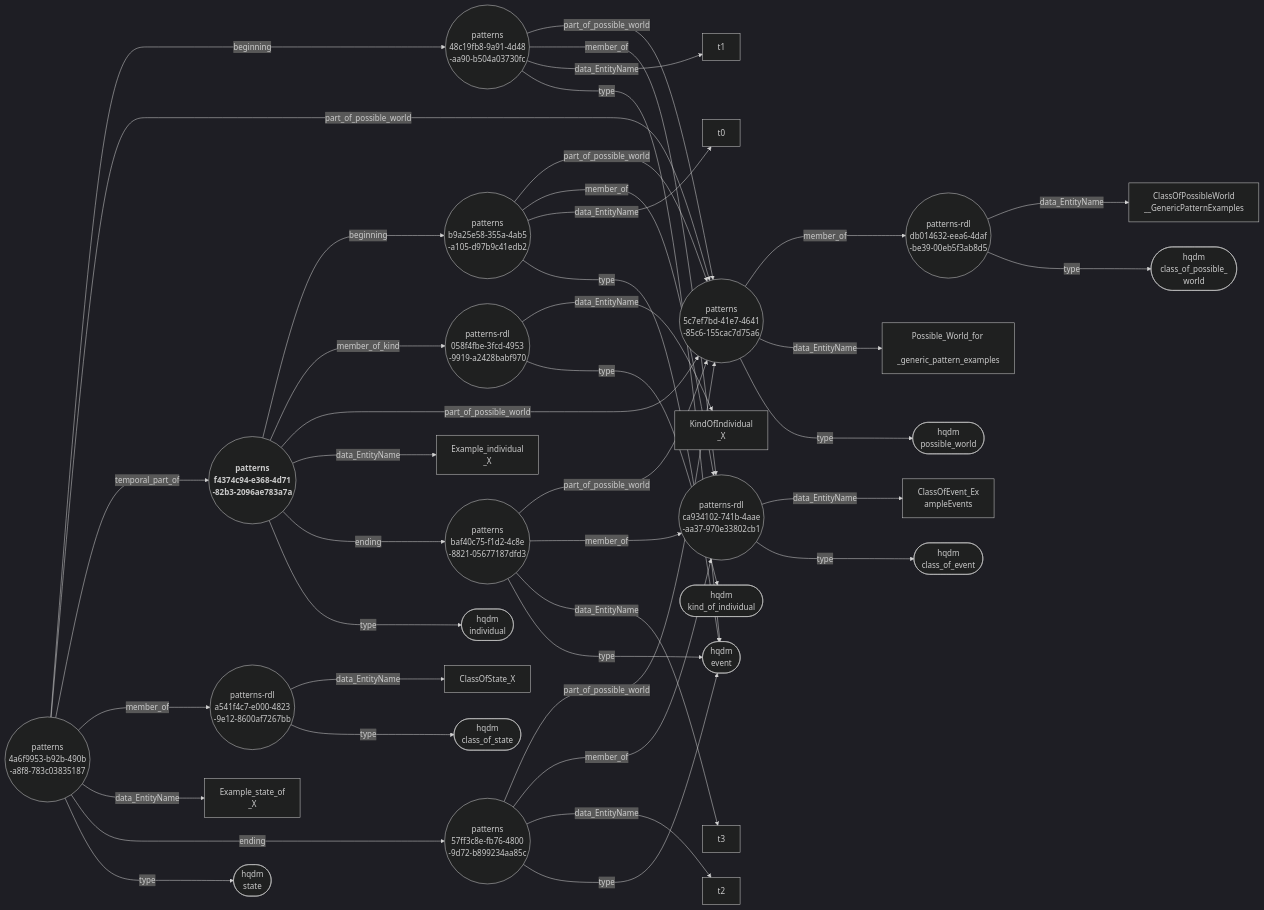
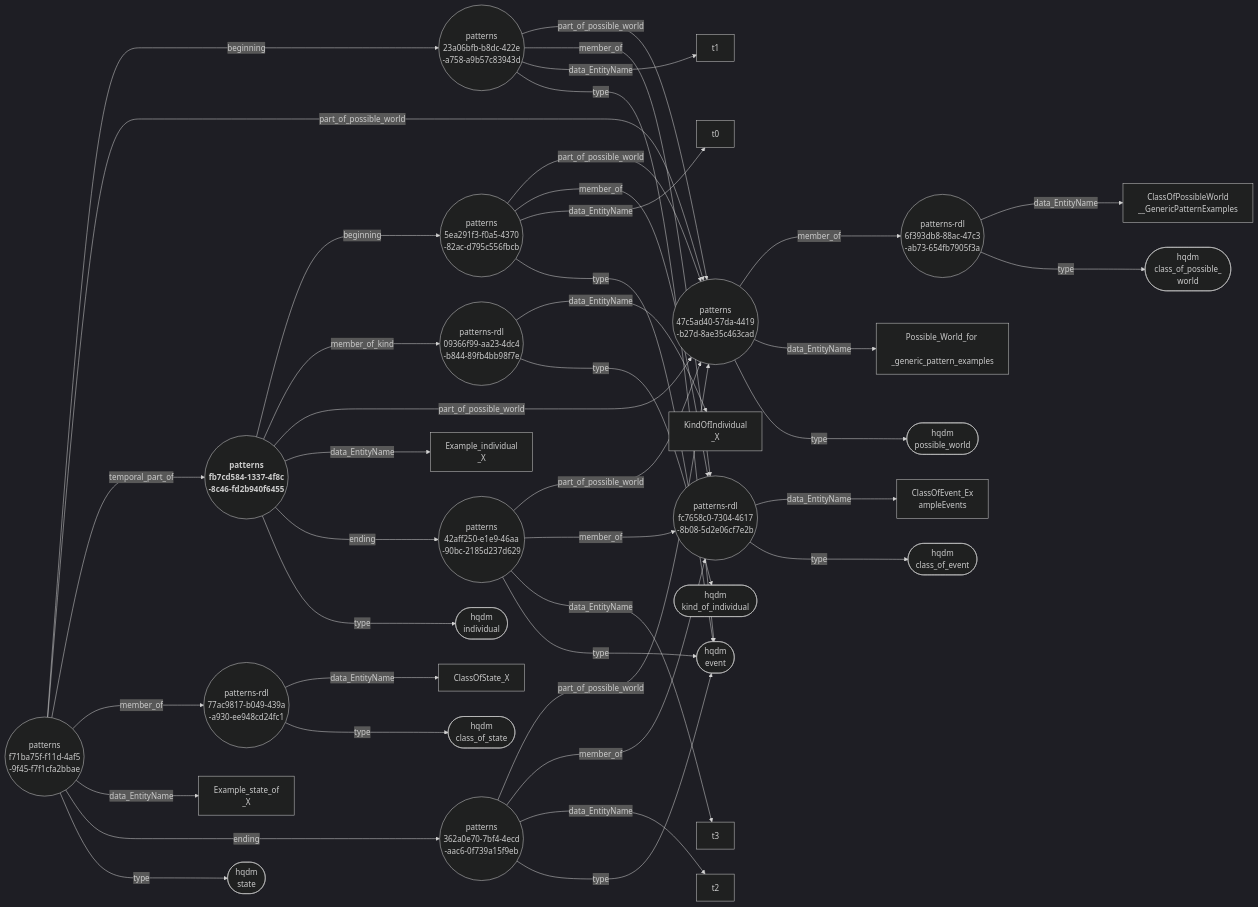
Before and after one commit to ClimbingAl/HqdmPatterns: the diagram in docs/extras/example-files/individualExampleNodeEdgeGraph.mermaid, drawn with Mermaid (dark theme). The commit also changed 32 other files, not shown here.

Commit message:
New example files including sign generic example

````diff
--- a/docs/extras/example-files/individualExampleNodeEdgeGraph.mermaid
+++ b/docs/extras/example-files/individualExampleNodeEdgeGraph.mermaid
@@ -1,43 +1,43 @@
 ``` mermaid
 graph LR
-  f4374c94-e368-4d71-82b3-2096ae783a7a(("<b> patterns <br> f4374c94-e368-4d71 <br> -82b3-2096ae783a7a"))--->|"beginning"|b9a25e58-355a-4ab5-a105-d97b9c41edb2(("patterns <br> b9a25e58-355a-4ab5 <br> -a105-d97b9c41edb2"));
-  f4374c94-e368-4d71-82b3-2096ae783a7a(("<b> patterns <br> f4374c94-e368-4d71 <br> -82b3-2096ae783a7a"))--->|"member_of_kind"|058f4fbe-3fcd-4953-9919-a2428babf970(("patterns-rdl <br> 058f4fbe-3fcd-4953 <br> -9919-a2428babf970"));
-  f4374c94-e368-4d71-82b3-2096ae783a7a(("<b> patterns <br> f4374c94-e368-4d71 <br> -82b3-2096ae783a7a"))--->|"part_of_possible_world"|5c7ef7bd-41e7-4641-85c6-155cac7d75a6(("patterns <br> 5c7ef7bd-41e7-4641 <br> -85c6-155cac7d75a6"));
-  f4374c94-e368-4d71-82b3-2096ae783a7a(("<b> patterns <br> f4374c94-e368-4d71 <br> -82b3-2096ae783a7a"))--->|"data_EntityName"|Example_individual_X["Example_individual <br> _X"];
-  f4374c94-e368-4d71-82b3-2096ae783a7a(("<b> patterns <br> f4374c94-e368-4d71 <br> -82b3-2096ae783a7a"))--->|"ending"|baf40c75-f1d2-4c8e-8821-05677187dfd3(("patterns <br> baf40c75-f1d2-4c8e <br> -8821-05677187dfd3"));
-  f4374c94-e368-4d71-82b3-2096ae783a7a(("<b> patterns <br> f4374c94-e368-4d71 <br> -82b3-2096ae783a7a"))--->|"type"|individual(["hqdm <br> individual"]);
-  4a6f9953-b92b-490b-a8f8-783c03835187(("patterns <br> 4a6f9953-b92b-490b <br> -a8f8-783c03835187"))--->|"beginning"|48c19fb8-9a91-4d48-aa90-b504a03730fc(("patterns <br> 48c19fb8-9a91-4d48 <br> -aa90-b504a03730fc"));
-  4a6f9953-b92b-490b-a8f8-783c03835187(("patterns <br> 4a6f9953-b92b-490b <br> -a8f8-783c03835187"))--->|"part_of_possible_world"|5c7ef7bd-41e7-4641-85c6-155cac7d75a6(("patterns <br> 5c7ef7bd-41e7-4641 <br> -85c6-155cac7d75a6"));
-  4a6f9953-b92b-490b-a8f8-783c03835187(("patterns <br> 4a6f9953-b92b-490b <br> -a8f8-783c03835187"))--->|"temporal_part_of"|f4374c94-e368-4d71-82b3-2096ae783a7a(("<b> patterns <br> f4374c94-e368-4d71 <br> -82b3-2096ae783a7a"));
-  4a6f9953-b92b-490b-a8f8-783c03835187(("patterns <br> 4a6f9953-b92b-490b <br> -a8f8-783c03835187"))--->|"member_of"|a541f4c7-e000-4823-9e12-8600af7267bb(("patterns-rdl <br> a541f4c7-e000-4823 <br> -9e12-8600af7267bb"));
-  4a6f9953-b92b-490b-a8f8-783c03835187(("patterns <br> 4a6f9953-b92b-490b <br> -a8f8-783c03835187"))--->|"data_EntityName"|Example_state_of_X["Example_state_of <br> _X"];
-  4a6f9953-b92b-490b-a8f8-783c03835187(("patterns <br> 4a6f9953-b92b-490b <br> -a8f8-783c03835187"))--->|"ending"|57ff3c8e-fb76-4800-9d72-b899234aa85c(("patterns <br> 57ff3c8e-fb76-4800 <br> -9d72-b899234aa85c"));
-  4a6f9953-b92b-490b-a8f8-783c03835187(("patterns <br> 4a6f9953-b92b-490b <br> -a8f8-783c03835187"))--->|"type"|state(["hqdm <br> state"]);
-  058f4fbe-3fcd-4953-9919-a2428babf970(("patterns-rdl <br> 058f4fbe-3fcd-4953 <br> -9919-a2428babf970"))--->|"data_EntityName"|KindOfIndividual_X["KindOfIndividual <br> _X"];
-  058f4fbe-3fcd-4953-9919-a2428babf970(("patterns-rdl <br> 058f4fbe-3fcd-4953 <br> -9919-a2428babf970"))--->|"type"|kind_of_individual(["hqdm <br> kind_of_individual"]);
-  a541f4c7-e000-4823-9e12-8600af7267bb(("patterns-rdl <br> a541f4c7-e000-4823 <br> -9e12-8600af7267bb"))--->|"data_EntityName"|ClassOfState_X["ClassOfState_X"];
-  a541f4c7-e000-4823-9e12-8600af7267bb(("patterns-rdl <br> a541f4c7-e000-4823 <br> -9e12-8600af7267bb"))--->|"type"|class_of_state(["hqdm <br> class_of_state"]);
-  db014632-eea6-4daf-be39-00eb5f3ab8d5(("patterns-rdl <br> db014632-eea6-4daf <br> -be39-00eb5f3ab8d5"))--->|"data_EntityName"|ClassOfPossibleWorld__GenericPatternExamples["ClassOfPossibleWorld <br> __GenericPatternExamples"];
-  db014632-eea6-4daf-be39-00eb5f3ab8d5(("patterns-rdl <br> db014632-eea6-4daf <br> -be39-00eb5f3ab8d5"))--->|"type"|class_of_possible_world(["hqdm <br> class_of_possible_ <br> world"]);
-  ca934102-741b-4aae-aa37-970e33802cb1(("patterns-rdl <br> ca934102-741b-4aae <br> -aa37-970e33802cb1"))--->|"data_EntityName"|ClassOfEvent_ExampleEvents["ClassOfEvent_Ex <br> ampleEvents"];
-  ca934102-741b-4aae-aa37-970e33802cb1(("patterns-rdl <br> ca934102-741b-4aae <br> -aa37-970e33802cb1"))--->|"type"|class_of_event(["hqdm <br> class_of_event"]);
-  5c7ef7bd-41e7-4641-85c6-155cac7d75a6(("patterns <br> 5c7ef7bd-41e7-4641 <br> -85c6-155cac7d75a6"))--->|"member_of"|db014632-eea6-4daf-be39-00eb5f3ab8d5(("patterns-rdl <br> db014632-eea6-4daf <br> -be39-00eb5f3ab8d5"));
-  5c7ef7bd-41e7-4641-85c6-155cac7d75a6(("patterns <br> 5c7ef7bd-41e7-4641 <br> -85c6-155cac7d75a6"))--->|"data_EntityName"|Possible_World_for_generic_pattern_examples["Possible_World_for <br> _generic_pattern_examples"];
-  5c7ef7bd-41e7-4641-85c6-155cac7d75a6(("patterns <br> 5c7ef7bd-41e7-4641 <br> -85c6-155cac7d75a6"))--->|"type"|possible_world(["hqdm <br> possible_world"]);
-  b9a25e58-355a-4ab5-a105-d97b9c41edb2(("patterns <br> b9a25e58-355a-4ab5 <br> -a105-d97b9c41edb2"))--->|"part_of_possible_world"|5c7ef7bd-41e7-4641-85c6-155cac7d75a6(("patterns <br> 5c7ef7bd-41e7-4641 <br> -85c6-155cac7d75a6"));
-  b9a25e58-355a-4ab5-a105-d97b9c41edb2(("patterns <br> b9a25e58-355a-4ab5 <br> -a105-d97b9c41edb2"))--->|"member_of"|ca934102-741b-4aae-aa37-970e33802cb1(("patterns-rdl <br> ca934102-741b-4aae <br> -aa37-970e33802cb1"));
-  b9a25e58-355a-4ab5-a105-d97b9c41edb2(("patterns <br> b9a25e58-355a-4ab5 <br> -a105-d97b9c41edb2"))--->|"data_EntityName"|t0["t0"];
-  b9a25e58-355a-4ab5-a105-d97b9c41edb2(("patterns <br> b9a25e58-355a-4ab5 <br> -a105-d97b9c41edb2"))--->|"type"|event(["hqdm <br> event"]);
-  baf40c75-f1d2-4c8e-8821-05677187dfd3(("patterns <br> baf40c75-f1d2-4c8e <br> -8821-05677187dfd3"))--->|"part_of_possible_world"|5c7ef7bd-41e7-4641-85c6-155cac7d75a6(("patterns <br> 5c7ef7bd-41e7-4641 <br> -85c6-155cac7d75a6"));
-  baf40c75-f1d2-4c8e-8821-05677187dfd3(("patterns <br> baf40c75-f1d2-4c8e <br> -8821-05677187dfd3"))--->|"member_of"|ca934102-741b-4aae-aa37-970e33802cb1(("patterns-rdl <br> ca934102-741b-4aae <br> -aa37-970e33802cb1"));
-  baf40c75-f1d2-4c8e-8821-05677187dfd3(("patterns <br> baf40c75-f1d2-4c8e <br> -8821-05677187dfd3"))--->|"data_EntityName"|t3["t3"];
-  baf40c75-f1d2-4c8e-8821-05677187dfd3(("patterns <br> baf40c75-f1d2-4c8e <br> -8821-05677187dfd3"))--->|"type"|event(["hqdm <br> event"]);
-  48c19fb8-9a91-4d48-aa90-b504a03730fc(("patterns <br> 48c19fb8-9a91-4d48 <br> -aa90-b504a03730fc"))--->|"part_of_possible_world"|5c7ef7bd-41e7-4641-85c6-155cac7d75a6(("patterns <br> 5c7ef7bd-41e7-4641 <br> -85c6-155cac7d75a6"));
-  48c19fb8-9a91-4d48-aa90-b504a03730fc(("patterns <br> 48c19fb8-9a91-4d48 <br> -aa90-b504a03730fc"))--->|"member_of"|ca934102-741b-4aae-aa37-970e33802cb1(("patterns-rdl <br> ca934102-741b-4aae <br> -aa37-970e33802cb1"));
-  48c19fb8-9a91-4d48-aa90-b504a03730fc(("patterns <br> 48c19fb8-9a91-4d48 <br> -aa90-b504a03730fc"))--->|"data_EntityName"|t1["t1"];
-  48c19fb8-9a91-4d48-aa90-b504a03730fc(("patterns <br> 48c19fb8-9a91-4d48 <br> -aa90-b504a03730fc"))--->|"type"|event(["hqdm <br> event"]);
-  57ff3c8e-fb76-4800-9d72-b899234aa85c(("patterns <br> 57ff3c8e-fb76-4800 <br> -9d72-b899234aa85c"))--->|"part_of_possible_world"|5c7ef7bd-41e7-4641-85c6-155cac7d75a6(("patterns <br> 5c7ef7bd-41e7-4641 <br> -85c6-155cac7d75a6"));
-  57ff3c8e-fb76-4800-9d72-b899234aa85c(("patterns <br> 57ff3c8e-fb76-4800 <br> -9d72-b899234aa85c"))--->|"member_of"|ca934102-741b-4aae-aa37-970e33802cb1(("patterns-rdl <br> ca934102-741b-4aae <br> -aa37-970e33802cb1"));
-  57ff3c8e-fb76-4800-9d72-b899234aa85c(("patterns <br> 57ff3c8e-fb76-4800 <br> -9d72-b899234aa85c"))--->|"data_EntityName"|t2["t2"];
-  57ff3c8e-fb76-4800-9d72-b899234aa85c(("patterns <br> 57ff3c8e-fb76-4800 <br> -9d72-b899234aa85c"))--->|"type"|event(["hqdm <br> event"]);
+  fb7cd584-1337-4f8c-8c46-fd2b940f6455(("<b> patterns <br> fb7cd584-1337-4f8c <br> -8c46-fd2b940f6455"))--->|"beginning"|5ea291f3-f0a5-4370-82ac-d795c556fbcb(("patterns <br> 5ea291f3-f0a5-4370 <br> -82ac-d795c556fbcb"));
+  fb7cd584-1337-4f8c-8c46-fd2b940f6455(("<b> patterns <br> fb7cd584-1337-4f8c <br> -8c46-fd2b940f6455"))--->|"member_of_kind"|09366f99-aa23-4dc4-b844-89fb4bb98f7e(("patterns-rdl <br> 09366f99-aa23-4dc4 <br> -b844-89fb4bb98f7e"));
+  fb7cd584-1337-4f8c-8c46-fd2b940f6455(("<b> patterns <br> fb7cd584-1337-4f8c <br> -8c46-fd2b940f6455"))--->|"part_of_possible_world"|47c5ad40-57da-4419-b27d-8ae35c463cad(("patterns <br> 47c5ad40-57da-4419 <br> -b27d-8ae35c463cad"));
+  fb7cd584-1337-4f8c-8c46-fd2b940f6455(("<b> patterns <br> fb7cd584-1337-4f8c <br> -8c46-fd2b940f6455"))--->|"data_EntityName"|Example_individual_X["Example_individual <br> _X"];
+  fb7cd584-1337-4f8c-8c46-fd2b940f6455(("<b> patterns <br> fb7cd584-1337-4f8c <br> -8c46-fd2b940f6455"))--->|"ending"|42aff250-e1e9-46aa-90bc-2185d237d629(("patterns <br> 42aff250-e1e9-46aa <br> -90bc-2185d237d629"));
+  fb7cd584-1337-4f8c-8c46-fd2b940f6455(("<b> patterns <br> fb7cd584-1337-4f8c <br> -8c46-fd2b940f6455"))--->|"type"|individual(["hqdm <br> individual"]);
+  f71ba75f-f11d-4af5-9f45-f7f1cfa2bbae(("patterns <br> f71ba75f-f11d-4af5 <br> -9f45-f7f1cfa2bbae"))--->|"beginning"|23a06bfb-b8dc-422e-a758-a9b57c83943d(("patterns <br> 23a06bfb-b8dc-422e <br> -a758-a9b57c83943d"));
+  f71ba75f-f11d-4af5-9f45-f7f1cfa2bbae(("patterns <br> f71ba75f-f11d-4af5 <br> -9f45-f7f1cfa2bbae"))--->|"part_of_possible_world"|47c5ad40-57da-4419-b27d-8ae35c463cad(("patterns <br> 47c5ad40-57da-4419 <br> -b27d-8ae35c463cad"));
+  f71ba75f-f11d-4af5-9f45-f7f1cfa2bbae(("patterns <br> f71ba75f-f11d-4af5 <br> -9f45-f7f1cfa2bbae"))--->|"temporal_part_of"|fb7cd584-1337-4f8c-8c46-fd2b940f6455(("<b> patterns <br> fb7cd584-1337-4f8c <br> -8c46-fd2b940f6455"));
+  f71ba75f-f11d-4af5-9f45-f7f1cfa2bbae(("patterns <br> f71ba75f-f11d-4af5 <br> -9f45-f7f1cfa2bbae"))--->|"member_of"|77ac9817-b049-439a-a930-ee948cd24fc1(("patterns-rdl <br> 77ac9817-b049-439a <br> -a930-ee948cd24fc1"));
+  f71ba75f-f11d-4af5-9f45-f7f1cfa2bbae(("patterns <br> f71ba75f-f11d-4af5 <br> -9f45-f7f1cfa2bbae"))--->|"data_EntityName"|Example_state_of_X["Example_state_of <br> _X"];
+  f71ba75f-f11d-4af5-9f45-f7f1cfa2bbae(("patterns <br> f71ba75f-f11d-4af5 <br> -9f45-f7f1cfa2bbae"))--->|"ending"|362a0e70-7bf4-4ecd-aac6-0f739a15f9eb(("patterns <br> 362a0e70-7bf4-4ecd <br> -aac6-0f739a15f9eb"));
+  f71ba75f-f11d-4af5-9f45-f7f1cfa2bbae(("patterns <br> f71ba75f-f11d-4af5 <br> -9f45-f7f1cfa2bbae"))--->|"type"|state(["hqdm <br> state"]);
+  09366f99-aa23-4dc4-b844-89fb4bb98f7e(("patterns-rdl <br> 09366f99-aa23-4dc4 <br> -b844-89fb4bb98f7e"))--->|"data_EntityName"|KindOfIndividual_X["KindOfIndividual <br> _X"];
+  09366f99-aa23-4dc4-b844-89fb4bb98f7e(("patterns-rdl <br> 09366f99-aa23-4dc4 <br> -b844-89fb4bb98f7e"))--->|"type"|kind_of_individual(["hqdm <br> kind_of_individual"]);
+  77ac9817-b049-439a-a930-ee948cd24fc1(("patterns-rdl <br> 77ac9817-b049-439a <br> -a930-ee948cd24fc1"))--->|"data_EntityName"|ClassOfState_X["ClassOfState_X"];
+  77ac9817-b049-439a-a930-ee948cd24fc1(("patterns-rdl <br> 77ac9817-b049-439a <br> -a930-ee948cd24fc1"))--->|"type"|class_of_state(["hqdm <br> class_of_state"]);
+  6f393db8-88ac-47c3-ab73-654fb7905f3a(("patterns-rdl <br> 6f393db8-88ac-47c3 <br> -ab73-654fb7905f3a"))--->|"data_EntityName"|ClassOfPossibleWorld__GenericPatternExamples["ClassOfPossibleWorld <br> __GenericPatternExamples"];
+  6f393db8-88ac-47c3-ab73-654fb7905f3a(("patterns-rdl <br> 6f393db8-88ac-47c3 <br> -ab73-654fb7905f3a"))--->|"type"|class_of_possible_world(["hqdm <br> class_of_possible_ <br> world"]);
+  fc7658c0-7304-4617-8b08-5d2e06cf7e2b(("patterns-rdl <br> fc7658c0-7304-4617 <br> -8b08-5d2e06cf7e2b"))--->|"data_EntityName"|ClassOfEvent_ExampleEvents["ClassOfEvent_Ex <br> ampleEvents"];
+  fc7658c0-7304-4617-8b08-5d2e06cf7e2b(("patterns-rdl <br> fc7658c0-7304-4617 <br> -8b08-5d2e06cf7e2b"))--->|"type"|class_of_event(["hqdm <br> class_of_event"]);
+  47c5ad40-57da-4419-b27d-8ae35c463cad(("patterns <br> 47c5ad40-57da-4419 <br> -b27d-8ae35c463cad"))--->|"member_of"|6f393db8-88ac-47c3-ab73-654fb7905f3a(("patterns-rdl <br> 6f393db8-88ac-47c3 <br> -ab73-654fb7905f3a"));
+  47c5ad40-57da-4419-b27d-8ae35c463cad(("patterns <br> 47c5ad40-57da-4419 <br> -b27d-8ae35c463cad"))--->|"data_EntityName"|Possible_World_for_generic_pattern_examples["Possible_World_for <br> _generic_pattern_examples"];
+  47c5ad40-57da-4419-b27d-8ae35c463cad(("patterns <br> 47c5ad40-57da-4419 <br> -b27d-8ae35c463cad"))--->|"type"|possible_world(["hqdm <br> possible_world"]);
+  5ea291f3-f0a5-4370-82ac-d795c556fbcb(("patterns <br> 5ea291f3-f0a5-4370 <br> -82ac-d795c556fbcb"))--->|"part_of_possible_world"|47c5ad40-57da-4419-b27d-8ae35c463cad(("patterns <br> 47c5ad40-57da-4419 <br> -b27d-8ae35c463cad"));
+  5ea291f3-f0a5-4370-82ac-d795c556fbcb(("patterns <br> 5ea291f3-f0a5-4370 <br> -82ac-d795c556fbcb"))--->|"member_of"|fc7658c0-7304-4617-8b08-5d2e06cf7e2b(("patterns-rdl <br> fc7658c0-7304-4617 <br> -8b08-5d2e06cf7e2b"));
+  5ea291f3-f0a5-4370-82ac-d795c556fbcb(("patterns <br> 5ea291f3-f0a5-4370 <br> -82ac-d795c556fbcb"))--->|"data_EntityName"|t0["t0"];
+  5ea291f3-f0a5-4370-82ac-d795c556fbcb(("patterns <br> 5ea291f3-f0a5-4370 <br> -82ac-d795c556fbcb"))--->|"type"|event(["hqdm <br> event"]);
+  42aff250-e1e9-46aa-90bc-2185d237d629(("patterns <br> 42aff250-e1e9-46aa <br> -90bc-2185d237d629"))--->|"part_of_possible_world"|47c5ad40-57da-4419-b27d-8ae35c463cad(("patterns <br> 47c5ad40-57da-4419 <br> -b27d-8ae35c463cad"));
+  42aff250-e1e9-46aa-90bc-2185d237d629(("patterns <br> 42aff250-e1e9-46aa <br> -90bc-2185d237d629"))--->|"member_of"|fc7658c0-7304-4617-8b08-5d2e06cf7e2b(("patterns-rdl <br> fc7658c0-7304-4617 <br> -8b08-5d2e06cf7e2b"));
+  42aff250-e1e9-46aa-90bc-2185d237d629(("patterns <br> 42aff250-e1e9-46aa <br> -90bc-2185d237d629"))--->|"data_EntityName"|t3["t3"];
+  42aff250-e1e9-46aa-90bc-2185d237d629(("patterns <br> 42aff250-e1e9-46aa <br> -90bc-2185d237d629"))--->|"type"|event(["hqdm <br> event"]);
+  23a06bfb-b8dc-422e-a758-a9b57c83943d(("patterns <br> 23a06bfb-b8dc-422e <br> -a758-a9b57c83943d"))--->|"part_of_possible_world"|47c5ad40-57da-4419-b27d-8ae35c463cad(("patterns <br> 47c5ad40-57da-4419 <br> -b27d-8ae35c463cad"));
+  23a06bfb-b8dc-422e-a758-a9b57c83943d(("patterns <br> 23a06bfb-b8dc-422e <br> -a758-a9b57c83943d"))--->|"member_of"|fc7658c0-7304-4617-8b08-5d2e06cf7e2b(("patterns-rdl <br> fc7658c0-7304-4617 <br> -8b08-5d2e06cf7e2b"));
+  23a06bfb-b8dc-422e-a758-a9b57c83943d(("patterns <br> 23a06bfb-b8dc-422e <br> -a758-a9b57c83943d"))--->|"data_EntityName"|t1["t1"];
+  23a06bfb-b8dc-422e-a758-a9b57c83943d(("patterns <br> 23a06bfb-b8dc-422e <br> -a758-a9b57c83943d"))--->|"type"|event(["hqdm <br> event"]);
+  362a0e70-7bf4-4ecd-aac6-0f739a15f9eb(("patterns <br> 362a0e70-7bf4-4ecd <br> -aac6-0f739a15f9eb"))--->|"part_of_possible_world"|47c5ad40-57da-4419-b27d-8ae35c463cad(("patterns <br> 47c5ad40-57da-4419 <br> -b27d-8ae35c463cad"));
+  362a0e70-7bf4-4ecd-aac6-0f739a15f9eb(("patterns <br> 362a0e70-7bf4-4ecd <br> -aac6-0f739a15f9eb"))--->|"member_of"|fc7658c0-7304-4617-8b08-5d2e06cf7e2b(("patterns-rdl <br> fc7658c0-7304-4617 <br> -8b08-5d2e06cf7e2b"));
+  362a0e70-7bf4-4ecd-aac6-0f739a15f9eb(("patterns <br> 362a0e70-7bf4-4ecd <br> -aac6-0f739a15f9eb"))--->|"data_EntityName"|t2["t2"];
+  362a0e70-7bf4-4ecd-aac6-0f739a15f9eb(("patterns <br> 362a0e70-7bf4-4ecd <br> -aac6-0f739a15f9eb"))--->|"type"|event(["hqdm <br> event"]);
 ```
````
